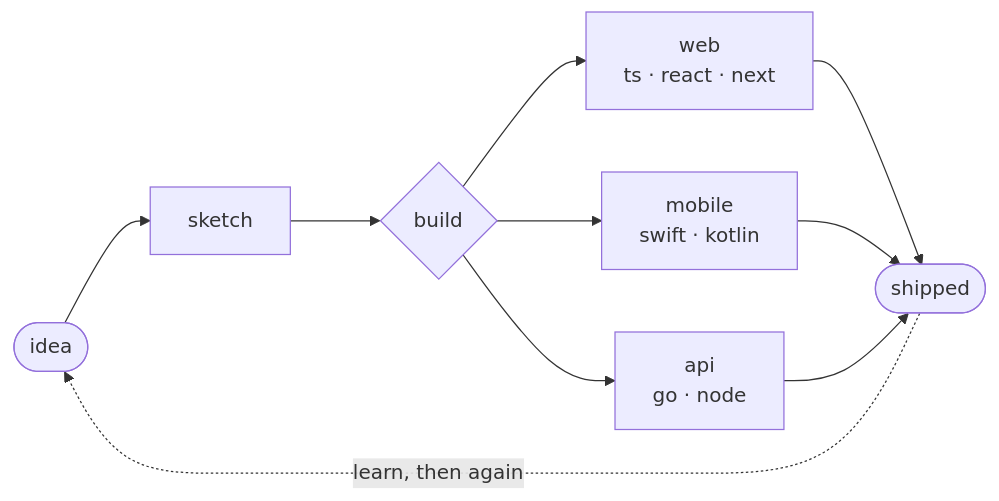
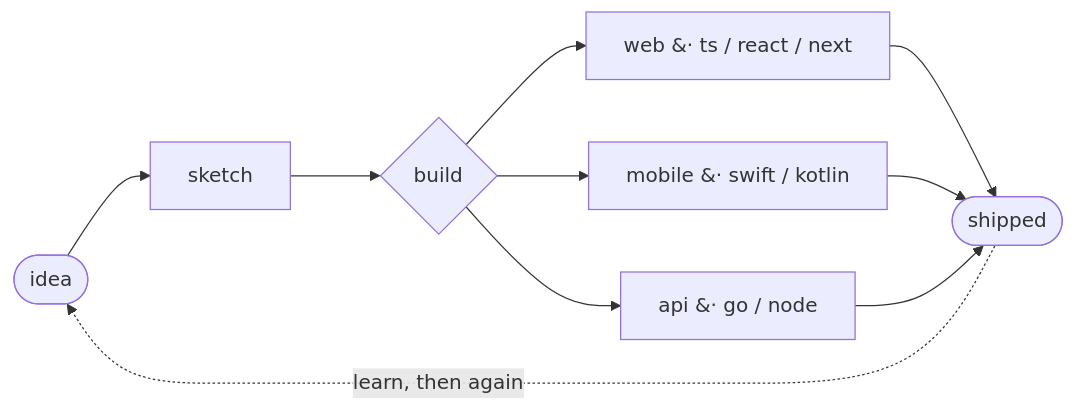
The diagram in README.md (amiin-dev/amiin-dev), drawn with Mermaid before and after one commit.

Commit message:
Fix mermaid: drop <br/> labels and inline dotted-edge text

````diff
--- a/README.md
+++ b/README.md
@@ -9,12 +9,12 @@
 ```mermaid
 flowchart LR
     I([idea]) --> K[sketch]
     K --> B{build}
-    B --> W["web<br/>ts · react · next"]
-    B --> M["mobile<br/>swift · kotlin"]
-    B --> A["api<br/>go · node"]
+    B --> W["web &#183; ts / react / next"]
+    B --> M["mobile &#183; swift / kotlin"]
+    B --> A["api &#183; go / node"]
     W --> S([shipped])
     M --> S
     A --> S
-    S -. "learn, then again" .-> I
+    S -.->|learn, then again| I
 ```
````
